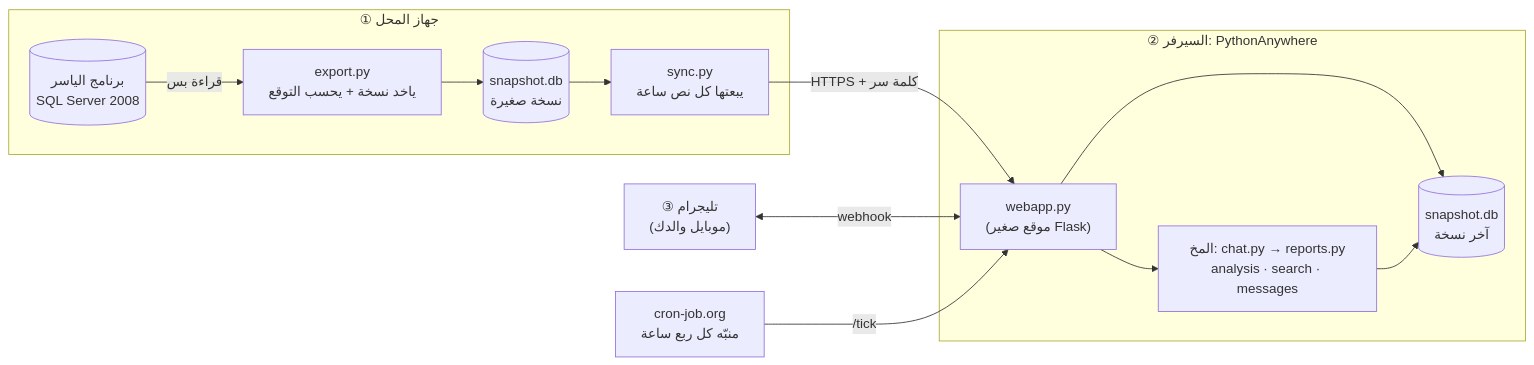
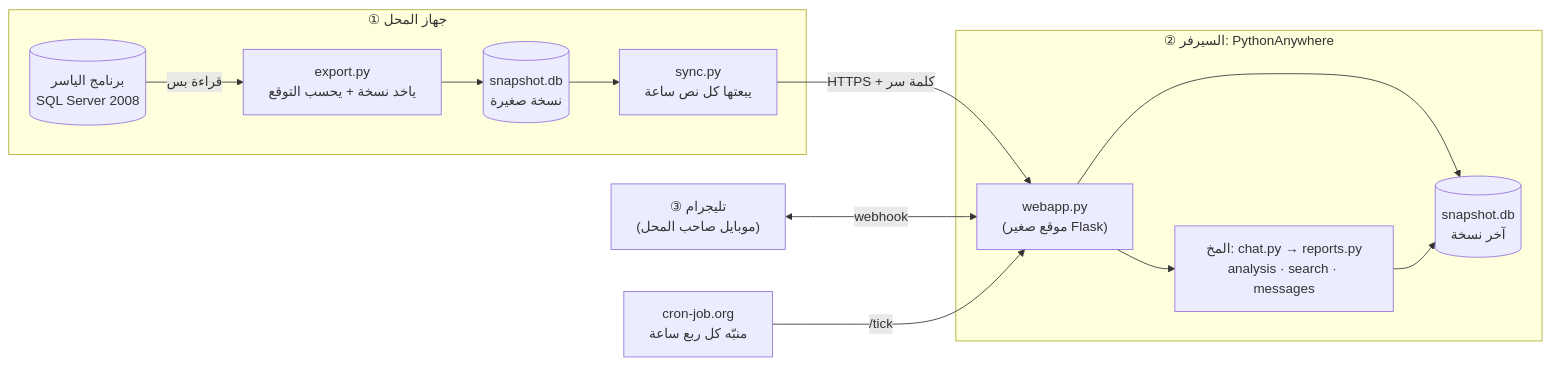
The first of 2 diagrams in docs/ARCHITECTURE.md (AbdoAhmed666/car-bot), drawn with Mermaid before and after one commit. The commit also changed other lines of this file and 3 other files, not shown here.

````diff
--- a/docs/ARCHITECTURE.md
+++ b/docs/ARCHITECTURE.md
@@ -12,16 +12,16 @@
 ```mermaid
 flowchart LR
   subgraph A["① جهاز المحل"]
     Y[("برنامج الياسر<br/>SQL Server 2008")] -->|"قراءة بس"| E["export.py<br/>ياخد نسخة + يحسب التوقع"]
     E --> F[("snapshot.db<br/>نسخة صغيرة")]
     F --> S["sync.py<br/>يبعتها كل نص ساعة"]
   end
   S -->|"HTTPS + كلمة سر"| W
   subgraph B["② السيرفر: PythonAnywhere"]
     W["webapp.py<br/>(موقع صغير Flask)"] --> F2[("snapshot.db<br/>آخر نسخة")]
     W --> L["المخ: chat.py → reports.py<br/>analysis · search · messages"]
     L --> F2
   end
-  T["③ تليجرام<br/>(موبايل والدك)"] <-->|"webhook"| W
+  T["③ تليجرام<br/>(موبايل صاحب المحل)"] <-->|"webhook"| W
   C["cron-job.org<br/>منبّه كل ربع ساعة"] -->|"/tick"| W
 ```
````
